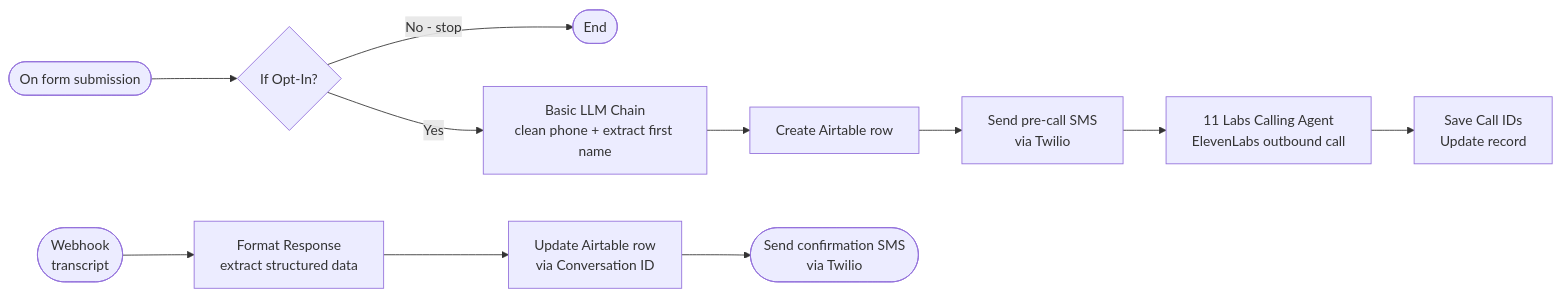
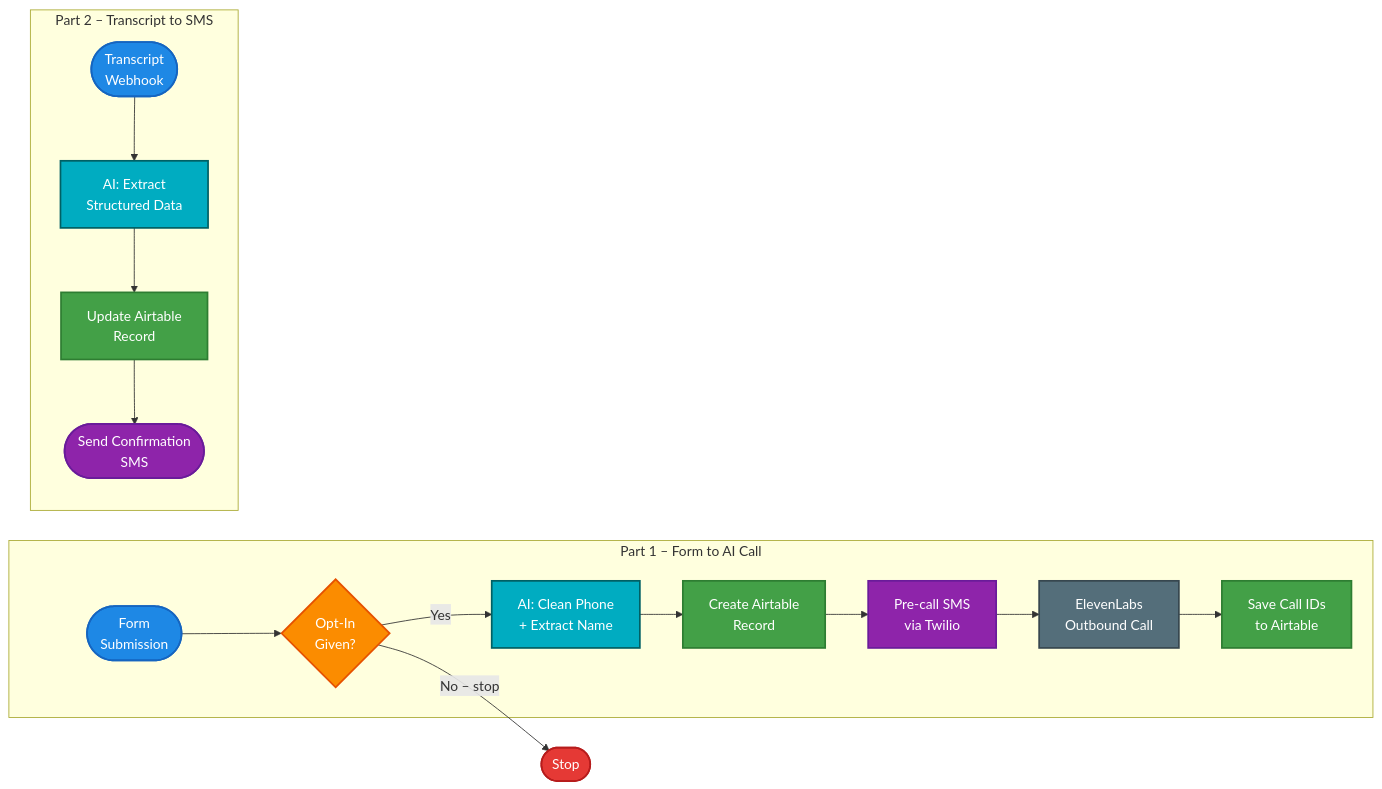
Before and after one commit to kameni-immo/kameni-n8n-automation: the third of 3 diagrams in docs/lead-process.md, drawn with Mermaid. The commit also changed other lines of this file, not shown here.

First line of the commit message:
Improve diagrams in lead-process.md with color coding and subgraphs

````diff
--- a/docs/lead-process.md
+++ b/docs/lead-process.md
@@ -255,14 +302,34 @@
 ```mermaid
 flowchart LR
-    FM(["On form submission"]) --> OPT{"If Opt-In?"}
-    OPT -->|"No - stop"| STOP2(["End"])
-    OPT -->|"Yes"| LLM["Basic LLM Chain<br/>clean phone + extract first name"]
-    LLM --> CRE["Create Airtable row"]
-    CRE --> SMS["Send pre-call SMS<br/>via Twilio"]
-    SMS --> EL["11 Labs Calling Agent<br/>ElevenLabs outbound call"]
-    EL --> UPD["Save Call IDs<br/>Update record"]
+    classDef trigger  fill:#1E88E5,color:#fff,stroke:#1565C0,stroke-width:2px
+    classDef process  fill:#546E7A,color:#fff,stroke:#37474F,stroke-width:2px
+    classDef decision fill:#FB8C00,color:#fff,stroke:#E65100,stroke-width:2px
+    classDef ai       fill:#00ACC1,color:#fff,stroke:#006064,stroke-width:2px
+    classDef save     fill:#43A047,color:#fff,stroke:#2E7D32,stroke-width:2px
+    classDef send     fill:#8E24AA,color:#fff,stroke:#6A1B9A,stroke-width:2px
+    classDef stop     fill:#E53935,color:#fff,stroke:#B71C1C,stroke-width:2px
 
-    WH2(["Webhook<br/>transcript"]) --> FR["Format Response<br/>extract structured data"]
-    FR --> UPD1["Update Airtable row<br/>via Conversation ID"]
-    UPD1 --> SMS1(["Send confirmation SMS<br/>via Twilio"])
+    subgraph PART1 ["  Part 1 – Form to AI Call  "]
+        FM(["Form<br/>Submission"]):::trigger
+        OPT{"Opt-In<br/>Given?"}:::decision
+        LLM["AI: Clean Phone<br/>+ Extract Name"]:::ai
+        CRE["Create Airtable<br/>Record"]:::save
+        SMS["Pre-call SMS<br/>via Twilio"]:::send
+        EL["ElevenLabs<br/>Outbound Call"]:::process
+        UPD["Save Call IDs<br/>to Airtable"]:::save
+    end
+
+    subgraph PART2 ["  Part 2 – Transcript to SMS  "]
+        WH2(["Transcript<br/>Webhook"]):::trigger
+        FR["AI: Extract<br/>Structured Data"]:::ai
+        UPD1["Update Airtable<br/>Record"]:::save
+        SMS1(["Send Confirmation<br/>SMS"]):::send
+    end
+
+    STOP(["Stop"]):::stop
+
+    FM --> OPT
+    OPT -->|"No – stop"| STOP
+    OPT -->|"Yes"| LLM --> CRE --> SMS --> EL --> UPD
+    WH2 --> FR --> UPD1 --> SMS1
 ```
````
